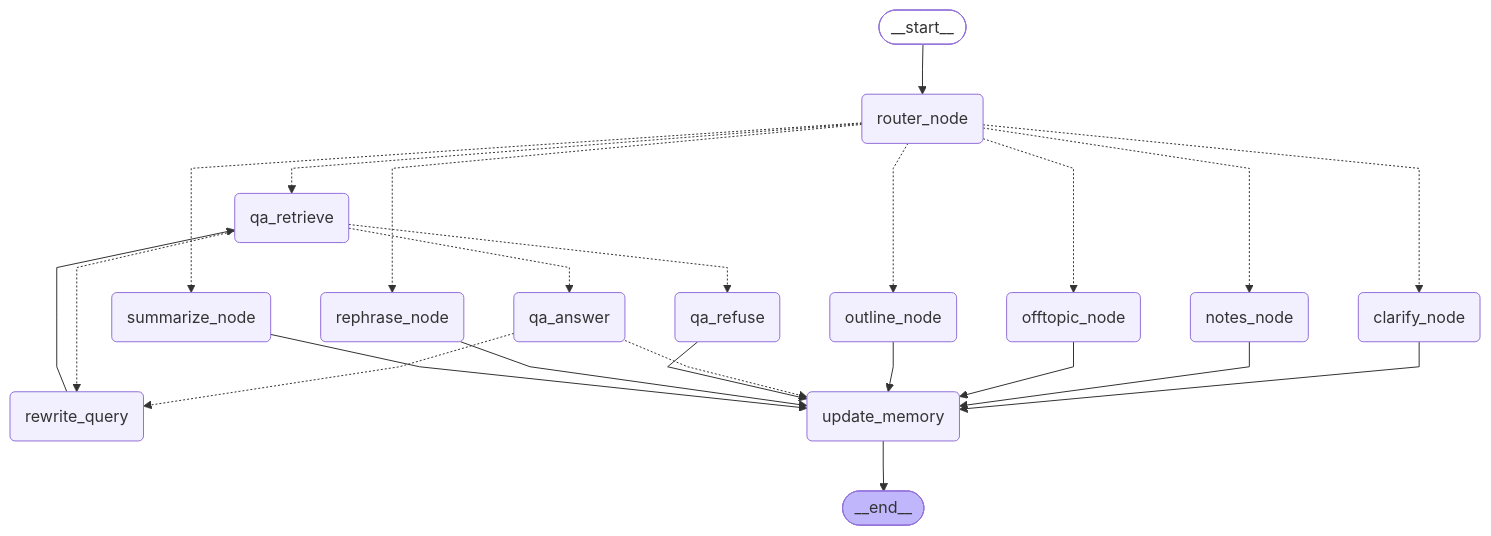
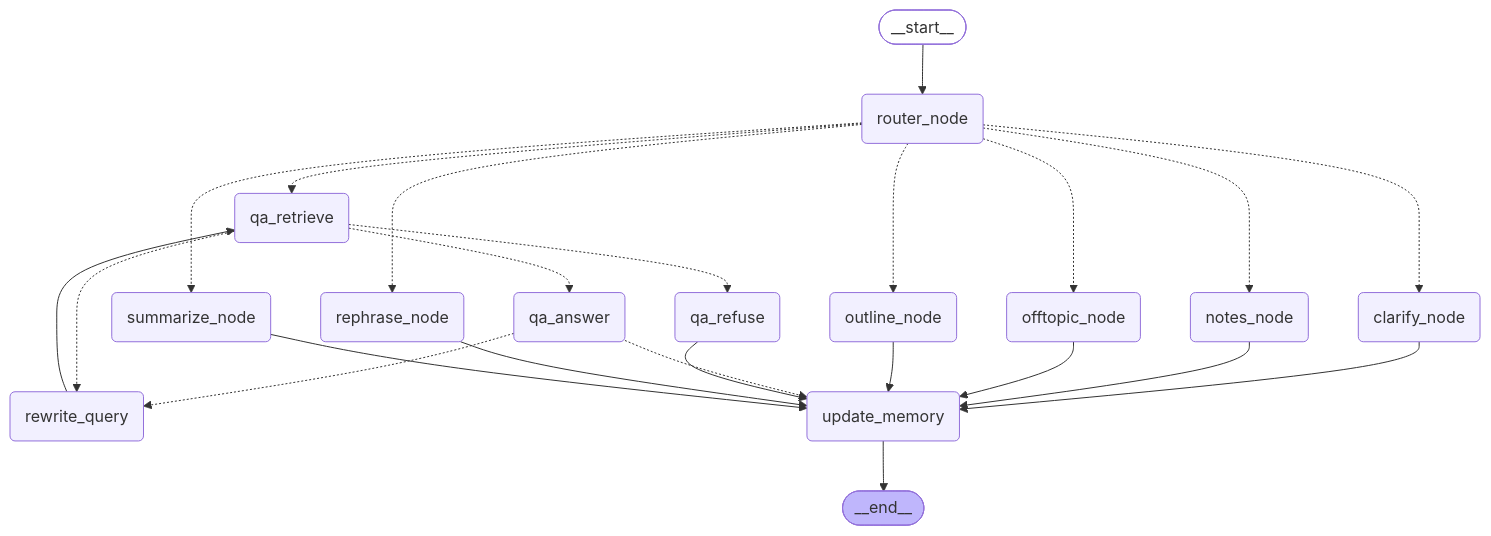
Before and after one commit to NamanSharma76/Research-Assistant: the diagram in academic-assistant/docs/graph.mmd, drawn with Mermaid. The commit also changed 63 other files, not shown here.

```diff
--- a/academic-assistant/docs/graph.mmd
+++ b/academic-assistant/docs/graph.mmd
@@ -1,45 +1,40 @@
----
-config:
-  flowchart:
-    curve: linear
----
-graph TD;
+flowchart TD
 	__start__([<p>__start__</p>]):::first
 	router_node(router_node)
 	qa_retrieve(qa_retrieve)
 	rewrite_query(rewrite_query)
 	qa_answer(qa_answer)
 	qa_refuse(qa_refuse)
 	summarize_node(summarize_node)
 	notes_node(notes_node)
 	outline_node(outline_node)
 	rephrase_node(rephrase_node)
 	offtopic_node(offtopic_node)
 	clarify_node(clarify_node)
 	update_memory(update_memory)
 	__end__([<p>__end__</p>]):::last
-	__start__ --> router_node;
-	clarify_node --> update_memory;
-	notes_node --> update_memory;
-	offtopic_node --> update_memory;
-	outline_node --> update_memory;
-	qa_answer -.-> rewrite_query;
-	qa_answer -.-> update_memory;
-	qa_refuse --> update_memory;
-	qa_retrieve -.-> qa_answer;
-	qa_retrieve -.-> qa_refuse;
-	qa_retrieve -.-> rewrite_query;
-	rephrase_node --> update_memory;
-	rewrite_query --> qa_retrieve;
-	router_node -.-> clarify_node;
-	router_node -.-> notes_node;
-	router_node -.-> offtopic_node;
-	router_node -.-> outline_node;
-	router_node -.-> qa_retrieve;
-	router_node -.-> rephrase_node;
-	router_node -.-> summarize_node;
-	summarize_node --> update_memory;
-	update_memory --> __end__;
+	__start__ --> router_node
+	clarify_node --> update_memory
+	notes_node --> update_memory
+	offtopic_node --> update_memory
+	outline_node --> update_memory
+	qa_answer -.-> rewrite_query
+	qa_answer -.-> update_memory
+	qa_refuse --> update_memory
+	qa_retrieve -.-> qa_answer
+	qa_retrieve -.-> qa_refuse
+	qa_retrieve -.-> rewrite_query
+	rephrase_node --> update_memory
+	rewrite_query --> qa_retrieve
+	router_node -.-> clarify_node
+	router_node -.-> notes_node
+	router_node -.-> offtopic_node
+	router_node -.-> outline_node
+	router_node -.-> qa_retrieve
+	router_node -.-> rephrase_node
+	router_node -.-> summarize_node
+	summarize_node --> update_memory
+	update_memory --> __end__
 	classDef default fill:#f2f0ff,line-height:1.2
 	classDef first fill-opacity:0
 	classDef last fill:#bfb6fc
```
